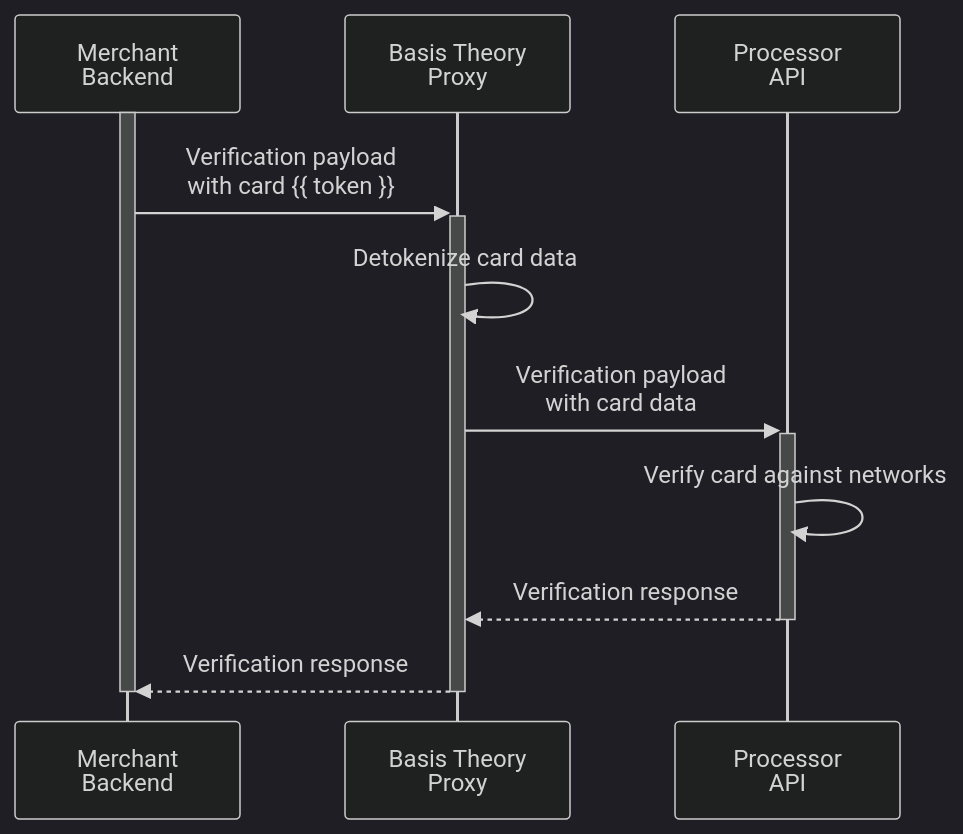
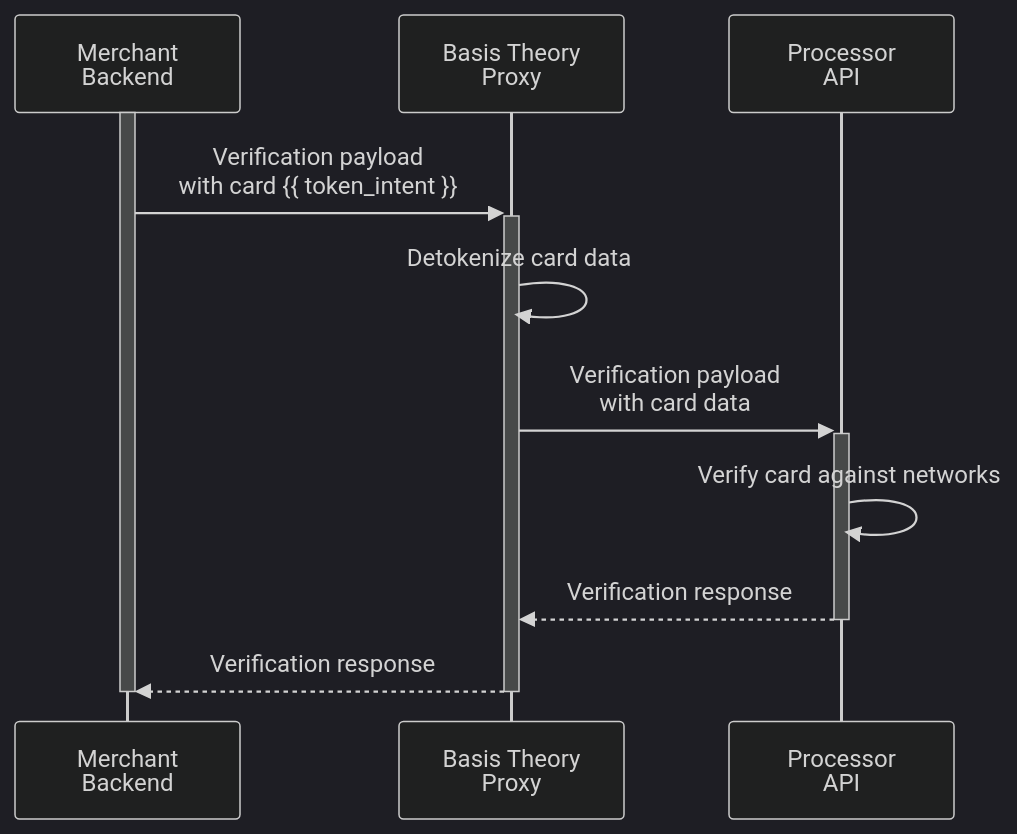
One commit to Basis-Theory/developers.basistheory.com changed the diagram in docs/card-payments/verify-card.mdx. Above: the diagram before and after it, drawn with Mermaid (dark theme). The commit also changed 5 other files, not shown here.

````diff
--- a/docs/card-payments/verify-card.mdx
+++ b/docs/card-payments/verify-card.mdx
@@ -22,15 +22,15 @@
 ```mermaid
   sequenceDiagram
     participant backend as Merchant<br>Backend
     participant btp as Basis Theory<br>Proxy
     participant psp as Processor<br>API
 
     activate backend
-    backend ->>+ btp: Verification payload<br>with card {{ token }}
+    backend ->>+ btp: Verification payload<br>with card {{ token_intent }}
     btp ->> btp: Detokenize card data
     btp ->>+ psp: Verification payload<br>with card data
     psp ->> psp: Verify card against networks
     psp -->>- btp: Verification response
     btp -->>- backend: Verification response
     deactivate backend
 ```
````
